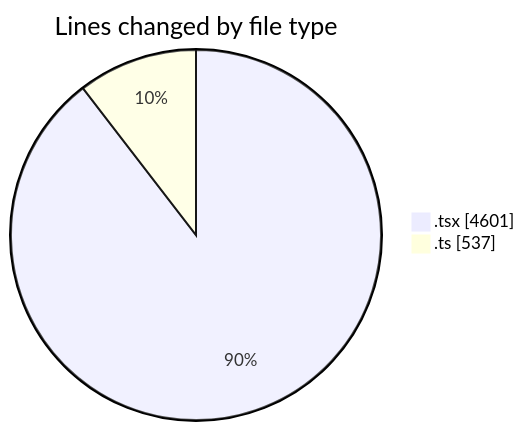
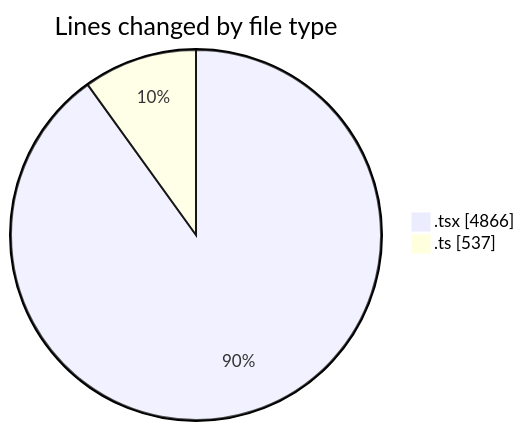
The first of 2 diagrams in 2026-03-10/nxtqube_webapp/README.md (nxtqubesakshisongat/code-tracking), drawn with Mermaid before and after one commit. The commit also changed other lines of this file and 1 other file, not shown here.

````diff
--- a/2026-03-10/nxtqube_webapp/README.md
+++ b/2026-03-10/nxtqube_webapp/README.md
@@ -29,6 +31,6 @@
 ```mermaid
 pie showData
 title Lines changed by file type
-".tsx" : 4601
+".tsx" : 4866
 ".ts" : 537
 ```
````
